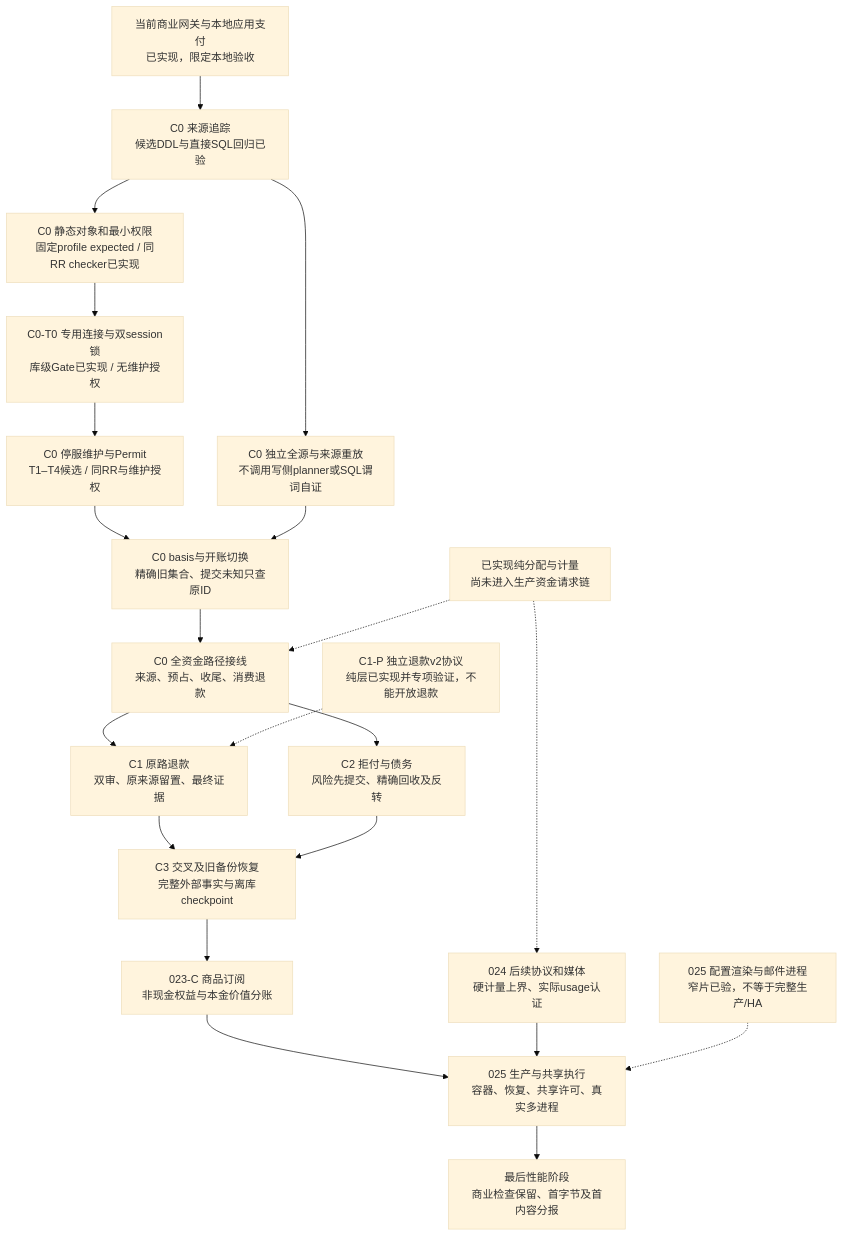
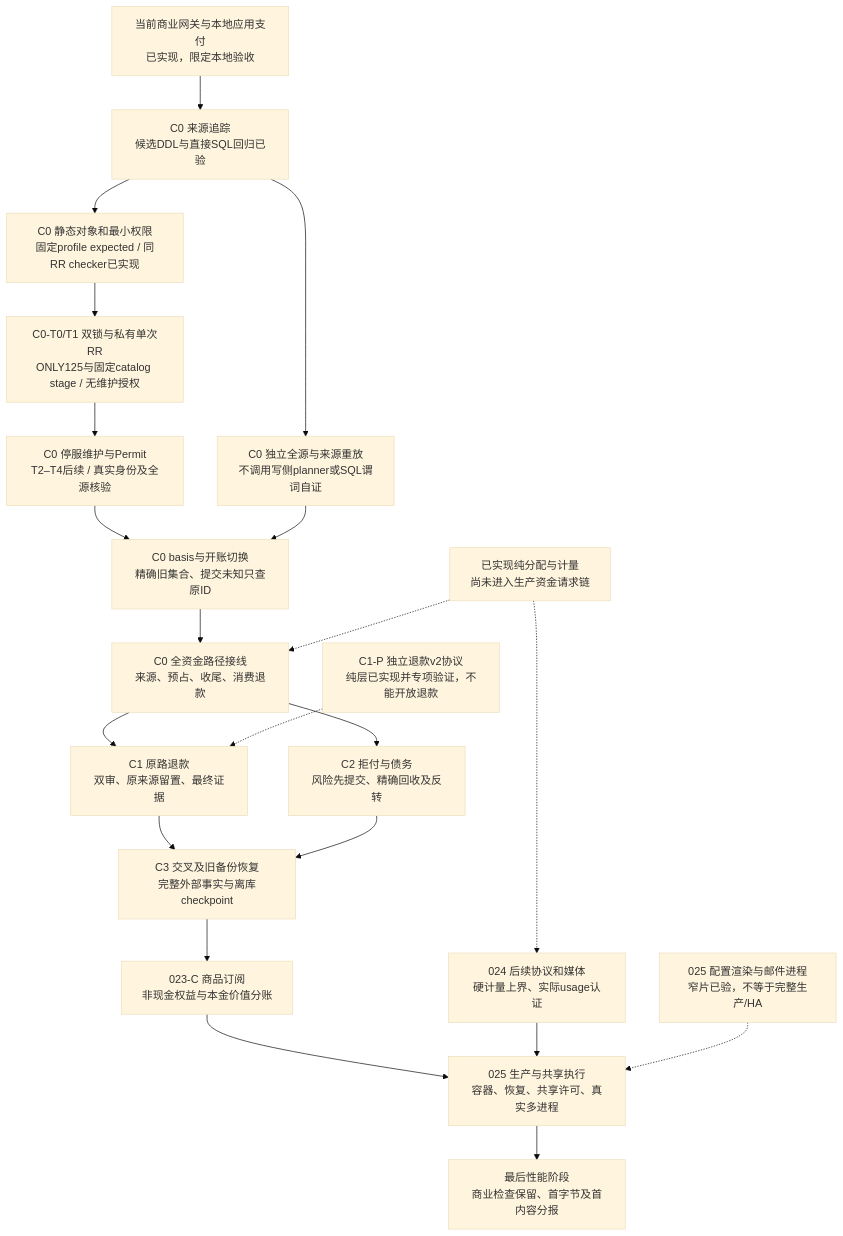
One commit to workhold/moni-aigate changed diagram 16 of 16 in docs/architecture/README.md. Above: the diagram before and after it, drawn with Mermaid (base theme). The commit also changed other lines of this file and 34 other files, not shown here.

````diff
--- a/docs/architecture/README.md
+++ b/docs/architecture/README.md
@@ -804,35 +805,35 @@
 ```mermaid
 flowchart TB
     Base[当前商业网关与本地应用支付\n已实现，限定本地验收]
     Source[C0 来源追踪\n候选DDL与直接SQL回归已验]
     Catalog[C0 静态对象和最小权限\n固定profile expected / 同RR checker已实现]
-    Gate[C0-T0 专用连接与双session锁\n库级Gate已实现 / 无维护授权]
-    Permit[C0 停服维护与Permit\nT1–T4候选 / 同RR与维护授权]
+    Gate[C0-T0/T1 双锁与私有单次RR\nONLY125与固定catalog stage / 无维护授权]
+    Permit[C0 停服维护与Permit\nT2–T4后续 / 真实身份及全源核验]
     Replay[C0 独立全源与来源重放\n不调用写侧planner或SQL谓词自证]
     Init[C0 basis与开账切换\n精确旧集合、提交未知只查原ID]
     Online[C0 全资金路径接线\n来源、预占、收尾、消费退款]
     Refund[C1 原路退款\n双审、原来源留置、最终证据]
     Dispute[C2 拒付与债务\n风险先提交、精确回收及反转]
     Recovery[C3 交叉及旧备份恢复\n完整外部事实与离库checkpoint]
     Products[023-C 商品订阅\n非现金权益与本金价值分账]
     Media[024 后续协议和媒体\n硬计量上界、实际usage认证]
     HA[025 生产与共享执行\n容器、恢复、共享许可、真实多进程]
     Perf[最后性能阶段\n商业检查保留、首字节及首内容分报]
     Pure[已实现纯分配与计量\n尚未进入生产资金请求链]
     Wire[C1-P 独立退款v2协议\n纯层已实现并专项验证，不能开放退款]
     Mail[025 配置渲染与邮件进程\n窄片已验，不等于完整生产/HA]
     Base --> Source
     Source --> Catalog --> Gate --> Permit
     Source --> Replay
     Permit --> Init
     Replay --> Init --> Online
     Online --> Refund --> Recovery
     Online --> Dispute --> Recovery
     Recovery --> Products
     Products --> HA
     Media --> HA --> Perf
     Pure -.-> Online
     Pure -.-> Media
     Wire -.-> Refund
     Mail -.-> HA
 ```
````
